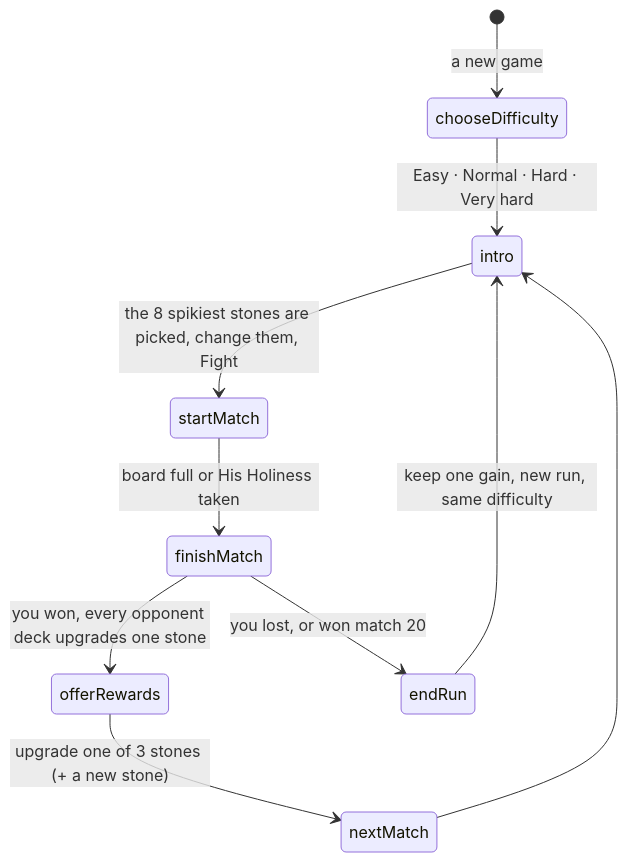
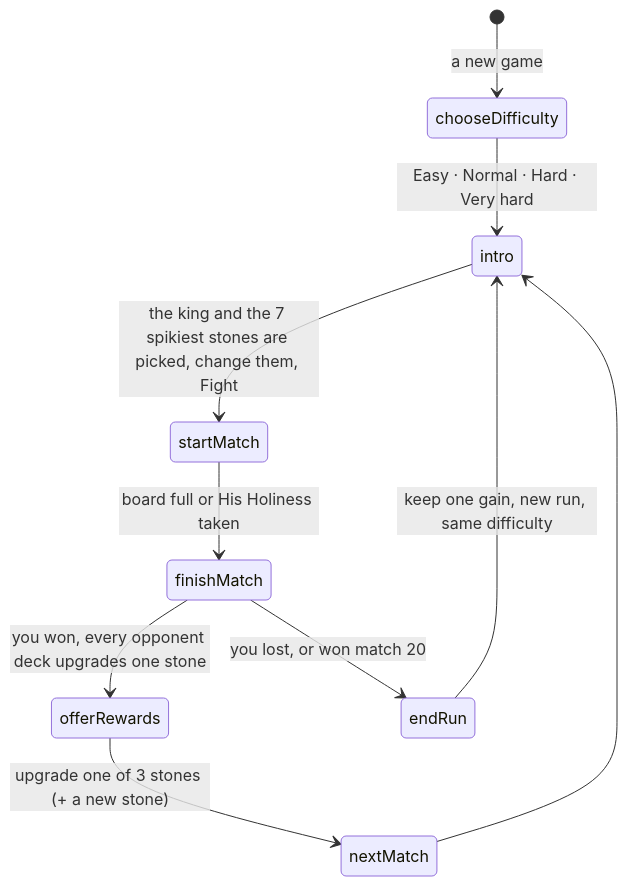
One commit to louisvandenbruwaene/rook-like changed the eighth of 8 diagrams in README.md. Above: the diagram before and after it, drawn with Mermaid. The commit also changed other lines of this file and 5 other files, not shown here.

Commit message:
Rook-like: the king always goes in the picked deck, a New game button in the rules panel starts over (records stay), and your last stone is selected for you

````diff
--- a/README.md
+++ b/README.md
@@ -263,12 +263,12 @@
 ```mermaid
 stateDiagram-v2
     [*] --> chooseDifficulty : a new game
     chooseDifficulty --> intro : Easy · Normal · Hard · Very hard
-    intro --> startMatch : the 8 spikiest stones are picked, change them, Fight
+    intro --> startMatch : the king and the 7 spikiest stones are picked, change them, Fight
     startMatch --> finishMatch : board full or His Holiness taken
     finishMatch --> offerRewards : you won, every opponent deck upgrades one stone
     offerRewards --> nextMatch : upgrade one of 3 stones (+ a new stone)
     nextMatch --> intro
     finishMatch --> endRun : you lost, or won match 20
     endRun --> intro : keep one gain, new run, same difficulty
 ```
````
